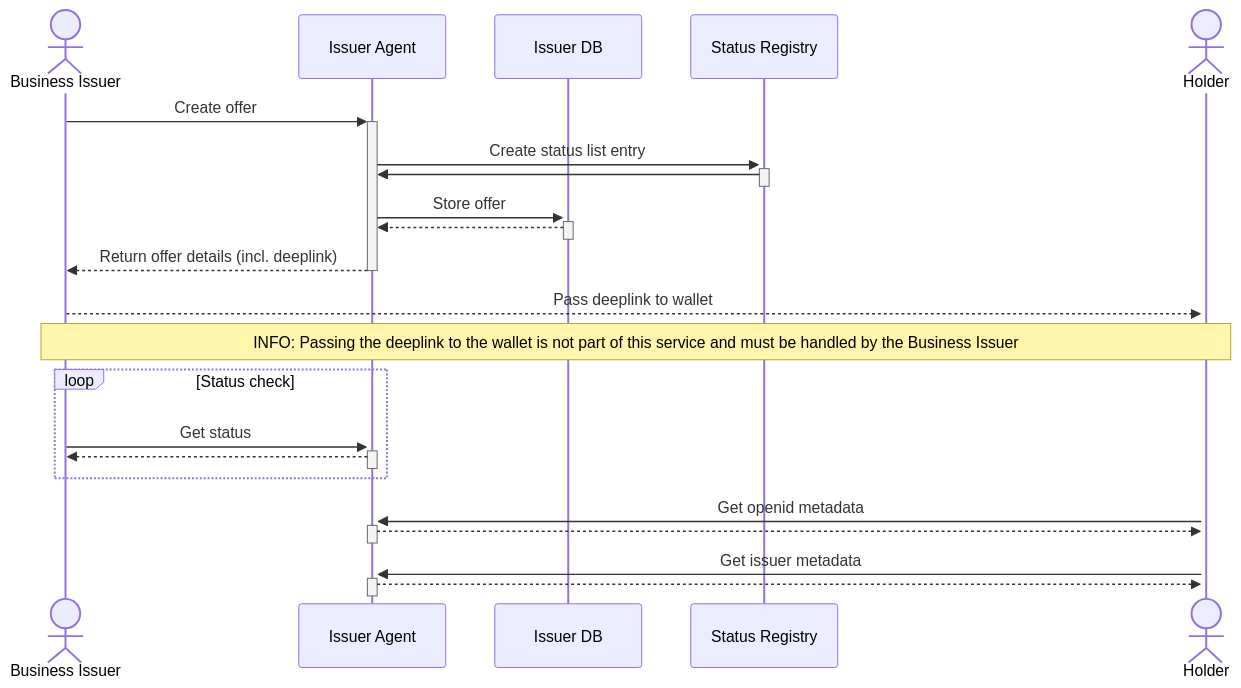
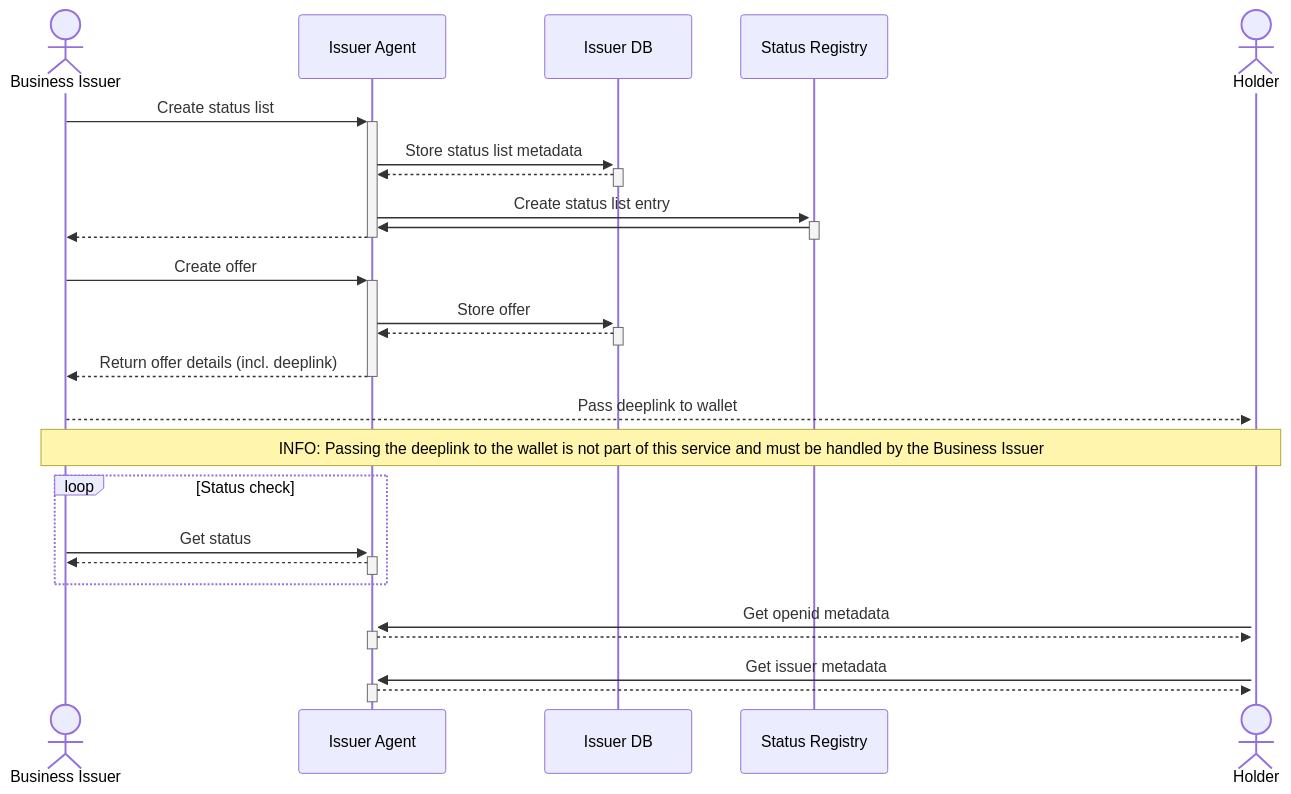
The first of 3 diagrams in issuance.md (swiyu-admin-ch/swiyu-issuer), drawn with Mermaid before and after one commit. The commit also changed other lines of this file and 2 other files, not shown here.

````diff
--- a/issuance.md
+++ b/issuance.md
@@ -5,34 +5,38 @@
 ```mermaid
 sequenceDiagram
-    actor BUSINESS as Business Issuer 
-
+    actor BUSINESS as Business Issuer
     participant ISS as Issuer Agent
     participant DB as Issuer DB
     participant STATUS as Status Registry
-
     actor WALLET as Holder
 
-    # Create offer
-    BUSINESS->>+ISS: Create offer
+# Create status list
+    BUSINESS ->>+ ISS: Create status list
+    ISS ->>+ DB: Store status list metadata
+DB-->>-ISS: 
     ISS->>+STATUS: Create status list entry
-    STATUS->>-ISS: 
-    ISS->>+DB : Store offer
-    DB-->>-ISS : 
-    ISS-->>-BUSINESS : Return offer details (incl. deeplink)
+STATUS->>-ISS:
+ISS-->>-BUSINESS :
 
-    # Pass deeplink to WALLET
-    BUSINESS-->>+WALLET : Pass deeplink to wallet
-    Note over BUSINESS,WALLET: INFO: Passing the deeplink to the wallet is not part of this service and must be handled by the Business Issuer
+# Create offer
+BUSINESS->>+ISS: Create offer
+ISS->>+DB: Store offer
+DB-->>-ISS:
+ISS-->>-BUSINESS: Return offer details (incl. deeplink)
 
-    loop Status check
-        BUSINESS->>+ISS: Get status
-        ISS-->>-BUSINESS : 
-    end
+# Pass deeplink to WALLET
+BUSINESS-->>+WALLET: Pass deeplink to wallet
+Note over BUSINESS, WALLET: INFO: Passing the deeplink to the wallet is not part of this service and must be handled by the Business Issuer
 
-    # Get credential
-    WALLET->>+ISS : Get openid metadata
-    ISS-->>-WALLET : 
+loop Status check
+BUSINESS->>+ISS: Get status
+ISS-->>-BUSINESS:
+end
 
-    WALLET->>+ISS : Get issuer metadata
-    ISS-->>-WALLET : 
+# Get credential
+WALLET->>+ISS: Get openid metadata
+ISS-->>-WALLET:
+
+WALLET->>+ISS: Get issuer metadata
+ISS-->>-WALLET: 
 ```
````
